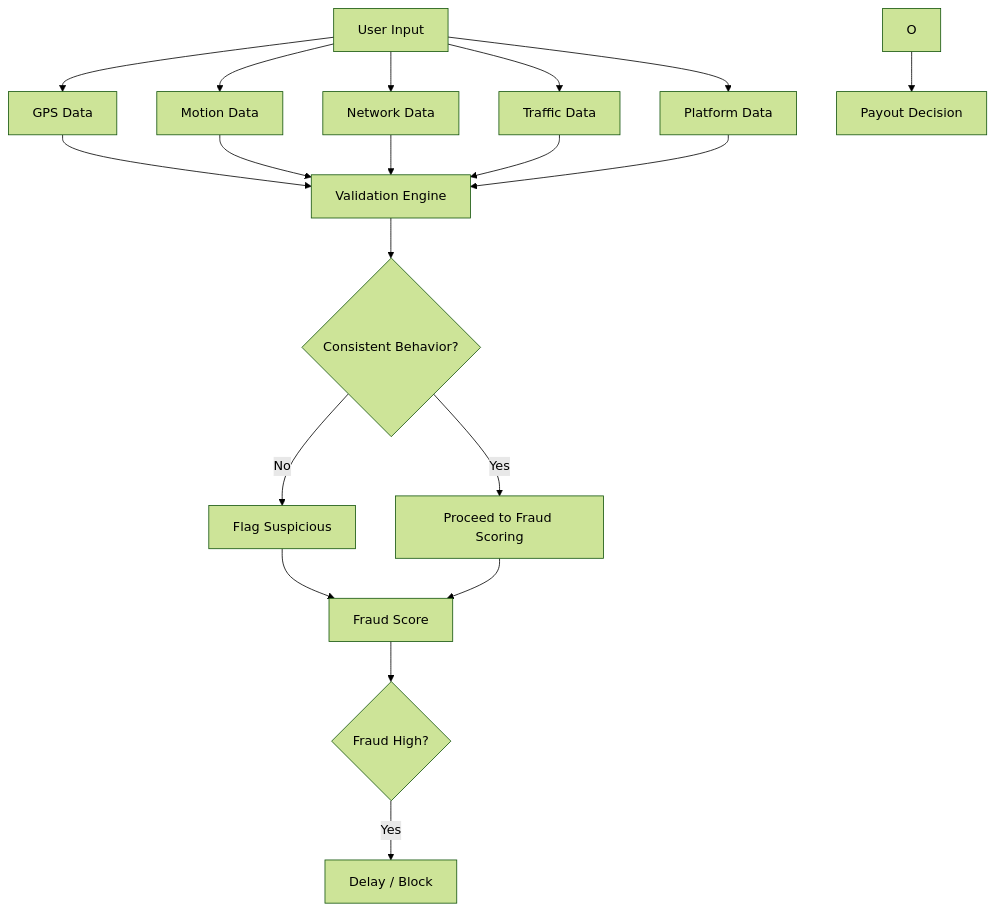
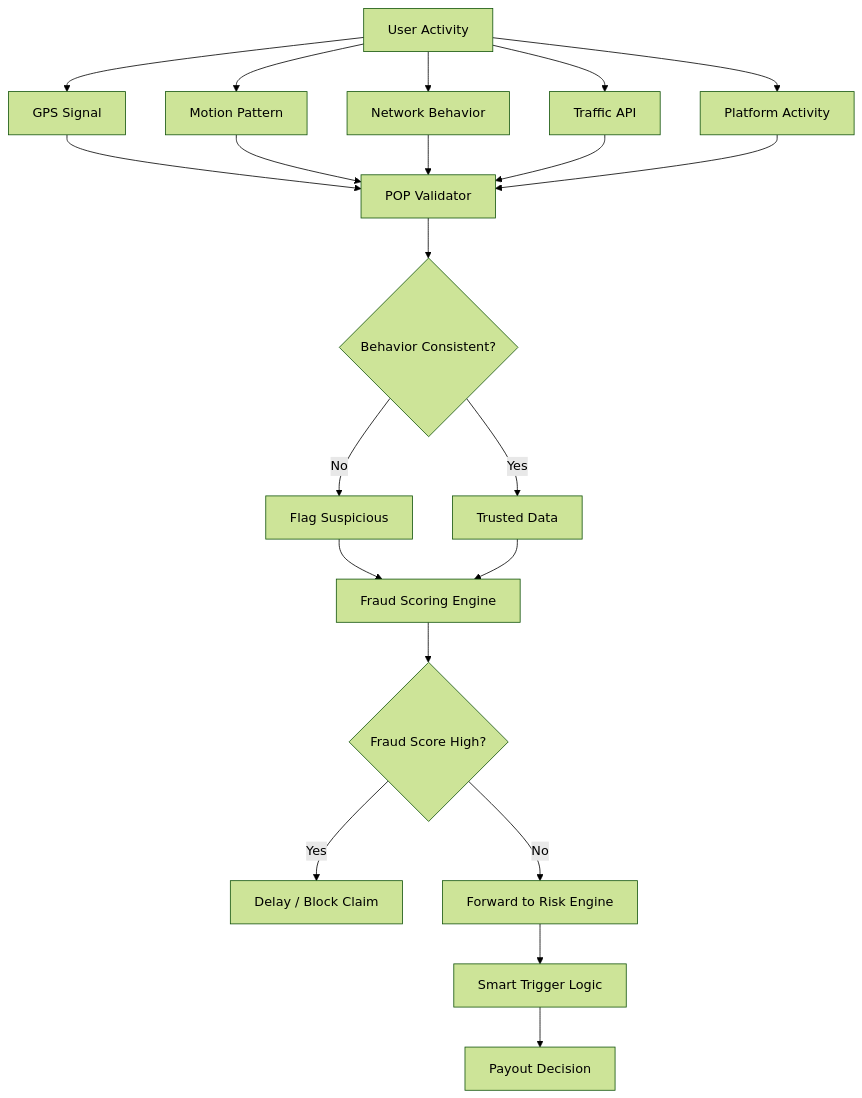
Before and after one commit to ed6095-web/Guidewire-DEVTrails-2026: the fifth of 5 diagrams in README.md, drawn with Mermaid (forest theme).

````diff
--- a/README.md
+++ b/README.md
@@ -235,28 +235,32 @@
 ```mermaid
 flowchart TD
-A[User Input] --> B[GPS Data]
-A --> C[Motion Data]
-A --> D[Network Data]
-A --> E[Traffic Data]
-A --> F[Platform Data]
 
-B --> G[Validation Engine]
+A[User Activity] --> B[GPS Signal]
+A --> C[Motion Pattern]
+A --> D[Network Behavior]
+A --> E[Traffic API]
+A --> F[Platform Activity]
+
+B --> G[POP Validator]
 C --> G
 D --> G
 E --> G
 F --> G
 
-G --> H{Consistent Behavior?}
+G --> H{Behavior Consistent?}
 
-H -- No --> J[Flag Suspicious]
-H -- Yes --> K[Proceed to Fraud Scoring]
+H -- No --> I[Flag Suspicious]
 
-J --> L[Fraud Score]
-K --> L
+H -- Yes --> J[Trusted Data]
 
-L --> M{Fraud High?}
+I --> K[Fraud Scoring Engine]
+J --> K
 
-M -- Yes --> N[Delay / Block]
+K --> L{Fraud Score High?}
 
+L -- Yes --> M[Delay / Block Claim]
+L -- No --> N[Forward to Risk Engine]
+
+N --> O[Smart Trigger Logic]
 O --> P[Payout Decision]
 ```
````
